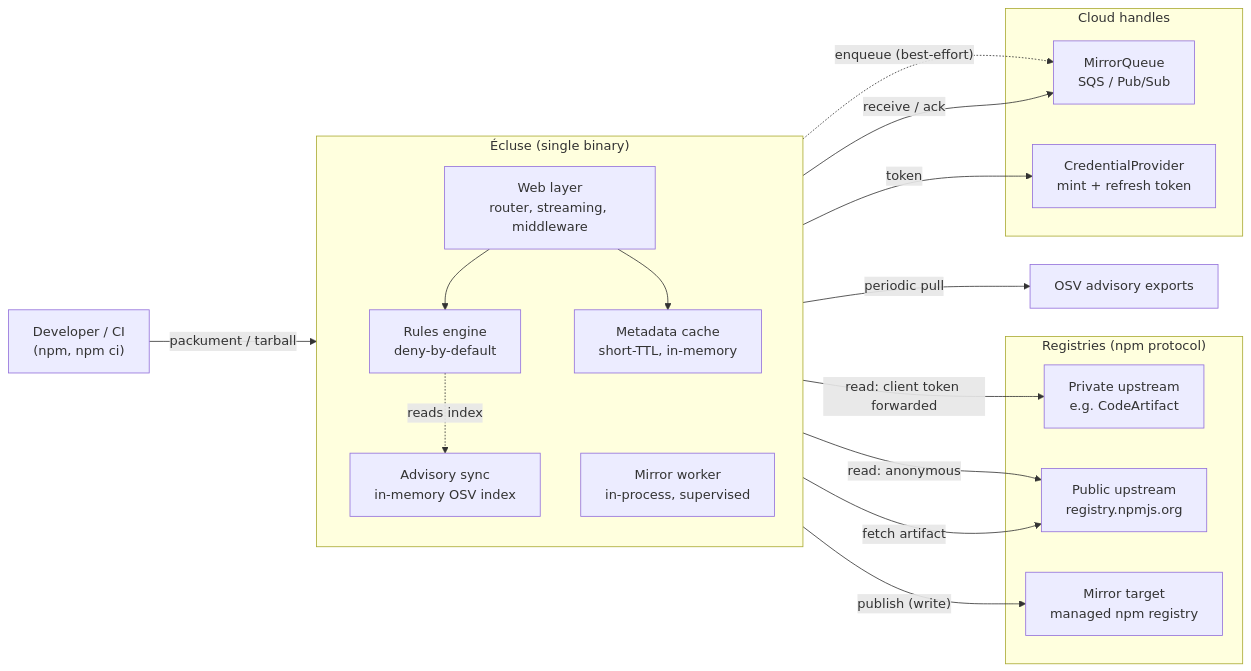
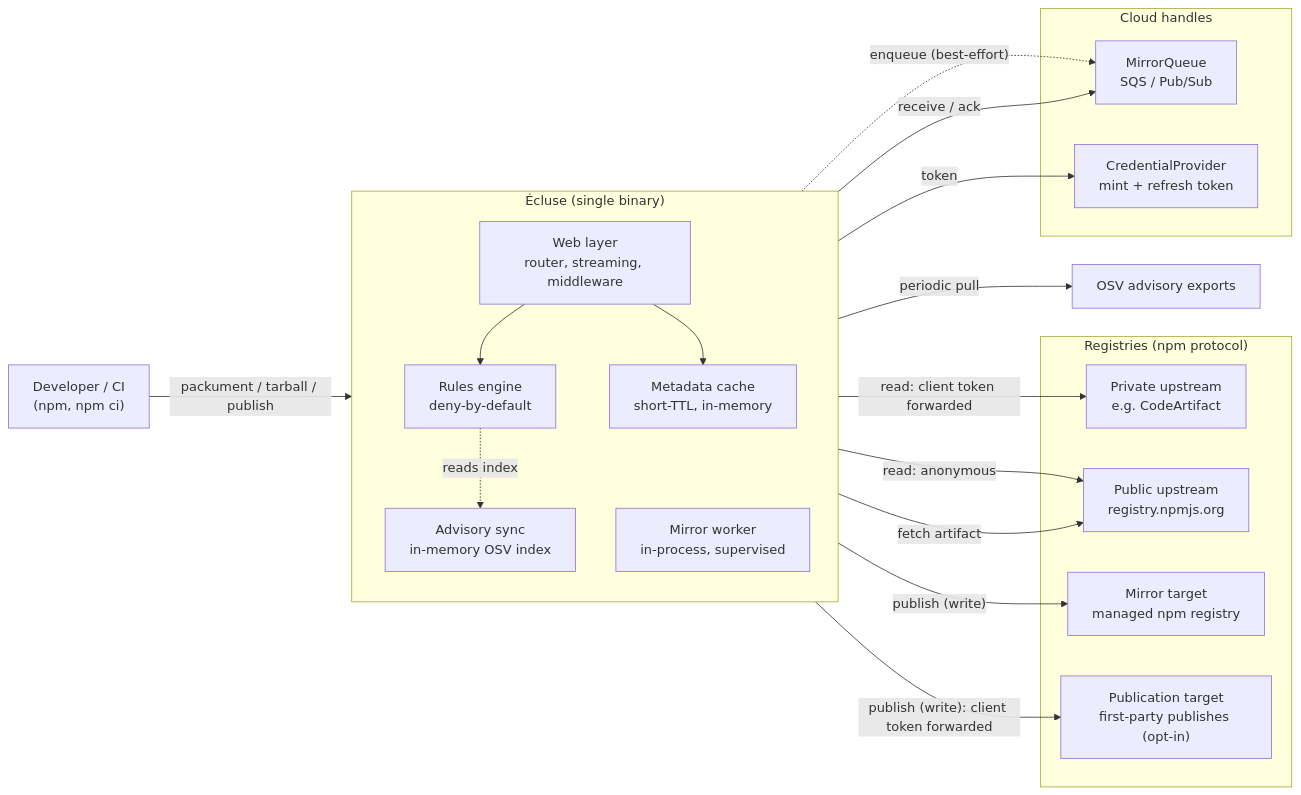
The first of 8 diagrams in docs/architecture/diagrams.md (AlexaDeWit/Ecluse), drawn with Mermaid before and after one commit. The commit also changed other lines of this file and 2 other files, not shown here.

First line of the commit message:
docs(architecture): update diagrams for the four-role model (publication target) (#238)

````diff
--- a/docs/architecture/diagrams.md
+++ b/docs/architecture/diagrams.md
@@ -34,39 +35,41 @@
 ```mermaid
 flowchart LR
     DEV["Developer / CI<br/>(npm, npm ci)"]
 
     subgraph ecluse["Écluse (single binary)"]
         direction TB
         WEB["Web layer<br/>router, streaming, middleware"]
         RULES["Rules engine<br/>deny-by-default"]
         CACHE["Metadata cache<br/>short-TTL, in-memory"]
         SYNC["Advisory sync<br/>in-memory OSV index"]
         WORKER["Mirror worker<br/>in-process, supervised"]
     end
 
     subgraph registries["Registries (npm protocol)"]
         PRIV["Private upstream<br/>e.g. CodeArtifact"]
         PUB["Public upstream<br/>registry.npmjs.org"]
         MIRROR["Mirror target<br/>managed npm registry"]
+        PUBT["Publication target<br/>first-party publishes (opt-in)"]
     end
 
     subgraph handles["Cloud handles"]
         QUEUE["MirrorQueue<br/>SQS / Pub/Sub"]
         CRED["CredentialProvider<br/>mint + refresh token"]
     end
 
     OSV["OSV advisory exports"]
 
-    DEV -->|"packument / tarball"| WEB
+    DEV -->|"packument / tarball / publish"| WEB
     WEB --> RULES
     WEB --> CACHE
     WEB -->|"read: client token forwarded"| PRIV
     WEB -->|"read: anonymous"| PUB
+    WEB -->|"publish (write): client token forwarded"| PUBT
     WEB -.->|"enqueue (best-effort)"| QUEUE
     RULES -.->|"reads index"| SYNC
     SYNC -->|"periodic pull"| OSV
     WORKER -->|"receive / ack"| QUEUE
     WORKER -->|"fetch artifact"| PUB
     WORKER -->|"token"| CRED
     WORKER -->|"publish (write)"| MIRROR
 ```
````
